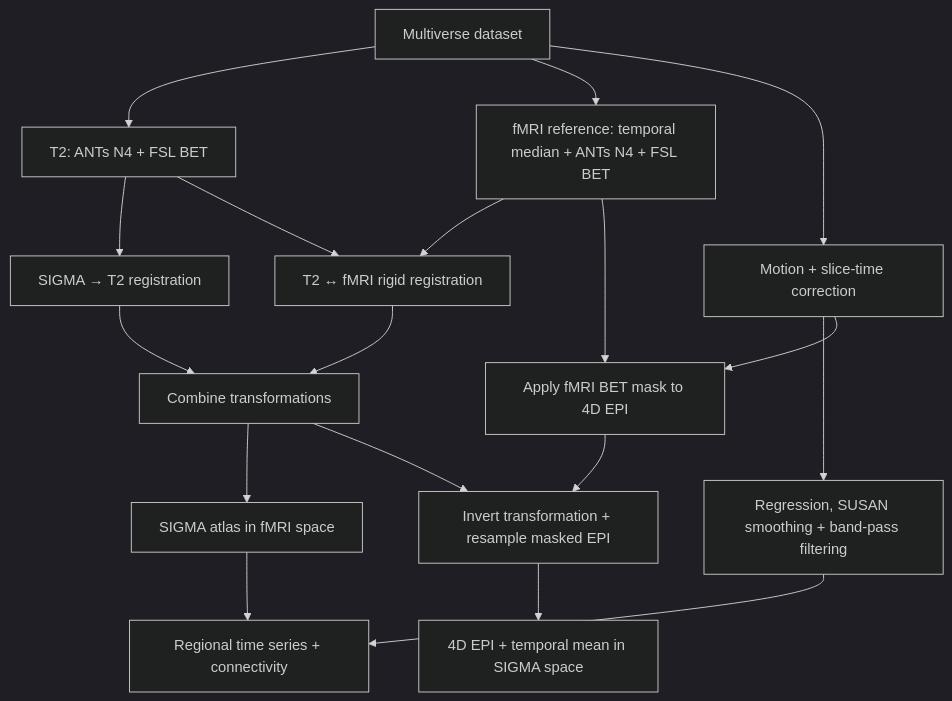
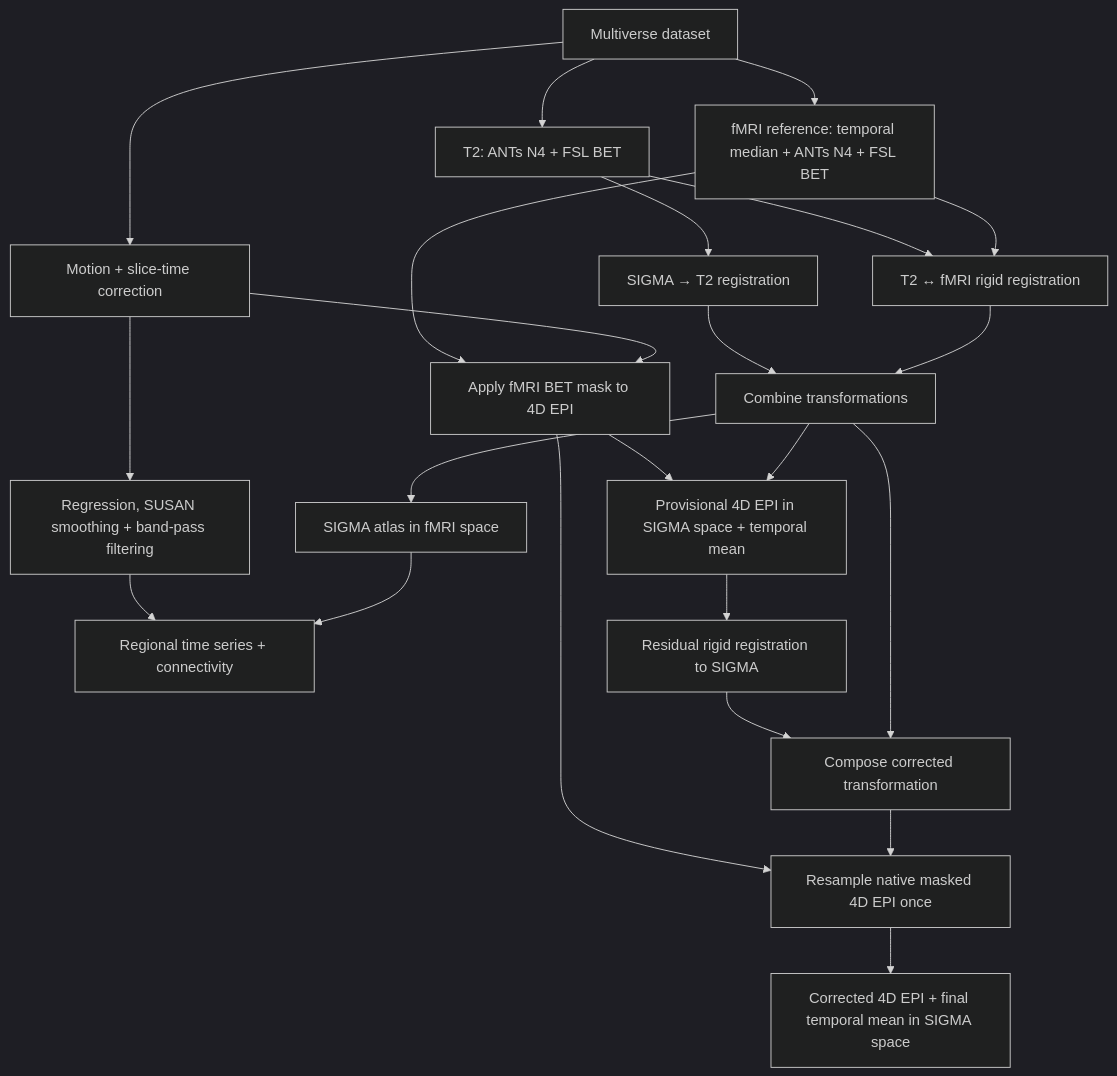
One commit to cramerjulian21c/AIDAmri_julian changed the diagram in multiverse_description.md. Above: the diagram before and after it, drawn with Mermaid (dark theme). The commit also changed other lines of this file and 2 other files, not shown here.

Commit message:
feat: enhance fMRI transformation process with BET masking and refined alignment

````diff
--- a/multiverse_description.md
+++ b/multiverse_description.md
@@ -85,23 +89,28 @@
 ```mermaid
 flowchart TD
     DATA["Multiverse dataset"] --> T2["T2: ANTs N4 + FSL BET"]
     T2 --> T2REG["SIGMA → T2 registration"]
 
     DATA --> FREF["fMRI reference: temporal median + ANTs N4 + FSL BET"]
     T2 --> FMREG["T2 ↔ fMRI rigid registration"]
     FREF --> FMREG
     T2REG --> COMP["Combine transformations"]
     FMREG --> COMP
     COMP --> ATLAS["SIGMA atlas in fMRI space"]
 
     DATA --> EPI["Motion + slice-time correction"]
     EPI --> ANALYSIS["Regression, SUSAN smoothing + band-pass filtering"]
     ANALYSIS --> FC["Regional time series + connectivity"]
     ATLAS --> FC
 
     FREF --> BETMASK["Apply fMRI BET mask to 4D EPI"]
     EPI --> BETMASK
-    BETMASK --> EXPORT["Invert transformation + resample masked EPI"]
-    COMP --> EXPORT
-    EXPORT --> SIGMA["4D EPI + temporal mean in SIGMA space"]
+    BETMASK --> PROVISIONAL["Provisional 4D EPI in SIGMA space + temporal mean"]
+    COMP --> PROVISIONAL
+    PROVISIONAL --> RIGID["Residual rigid registration to SIGMA"]
+    RIGID --> COMPCORR["Compose corrected transformation"]
+    COMP --> COMPCORR
+    BETMASK --> EXPORT["Resample native masked 4D EPI once"]
+    COMPCORR --> EXPORT
+    EXPORT --> SIGMA["Corrected 4D EPI + final temporal mean in SIGMA space"]
 ```
````
